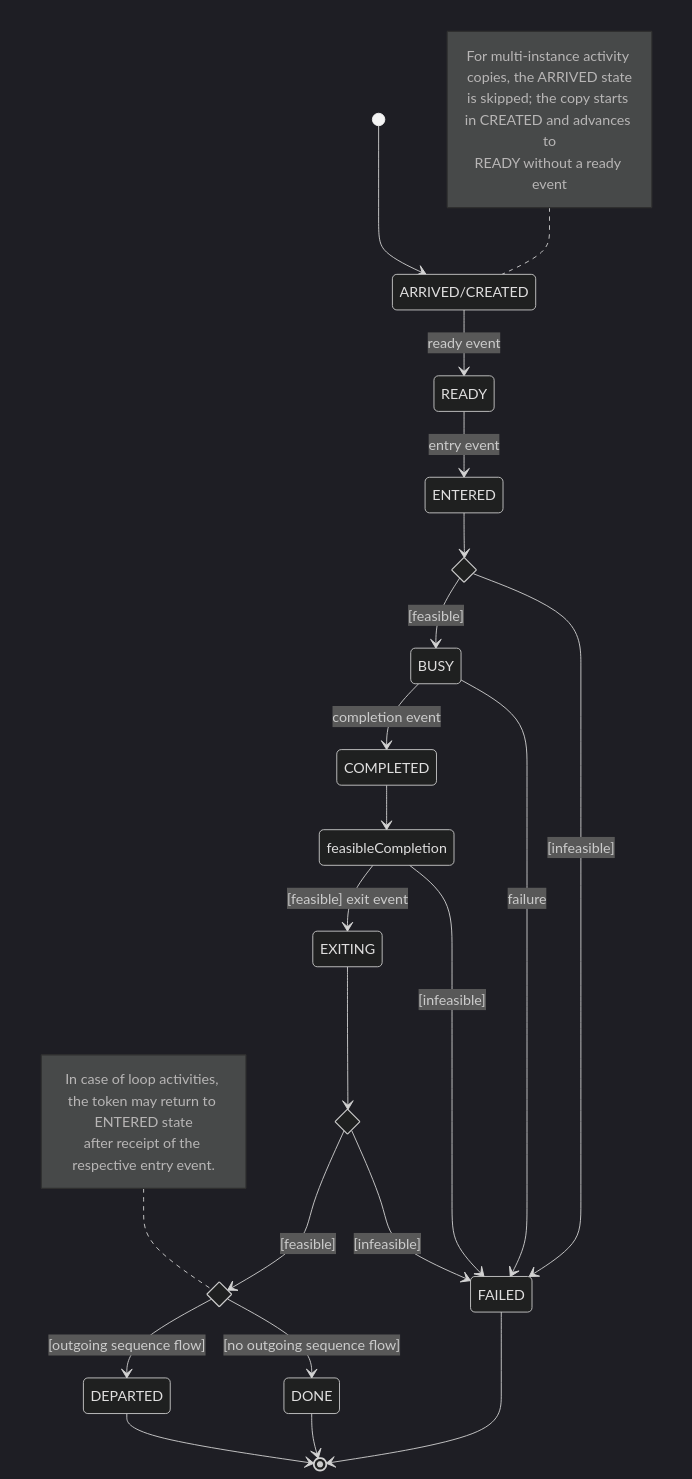
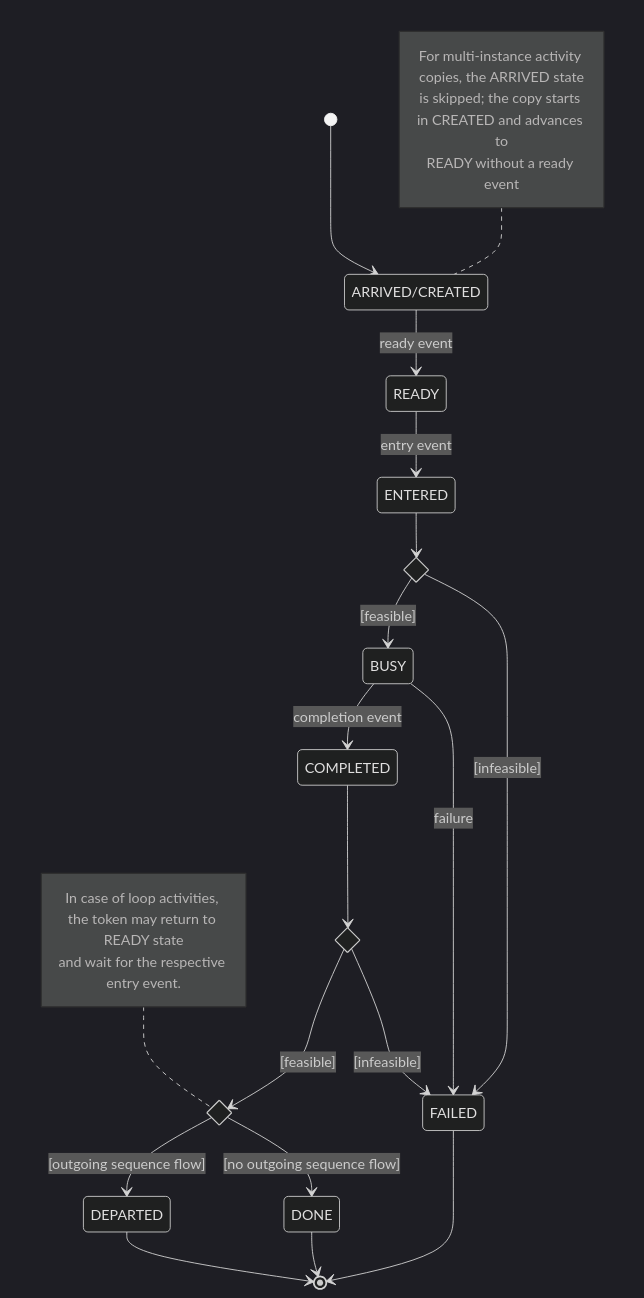
Before and after one commit to bpmn-os/bpmnos-engine: the diagram in docs/md/logic/token_flow_logic_tasks.md, drawn with Mermaid (dark theme). The commit also changed other lines of this file and 107 other files, not shown here.

First line of the commit message:
Remove the exit event and the exiting state

```diff
--- a/docs/md/logic/token_flow_logic_tasks.md
+++ b/docs/md/logic/token_flow_logic_tasks.md
@@ -13,34 +13,31 @@
 <pre class="mermaid">
 stateDiagram-v2
     state feasibleEntry <<choice>>
-    state feasibleExit <<choice>>
+    state feasibleCompletion <<choice>>
     state departure <<choice>>
     [*] --> ARRIVED/CREATED
     note left of ARRIVED/CREATED
       For multi-instance activity copies, the ARRIVED state
       is skipped; the copy starts in CREATED and advances to
       READY without a ready event
     end note
     ARRIVED/CREATED --> READY: ready event
     READY --> ENTERED: entry event
     ENTERED --> feasibleEntry
     feasibleEntry --> BUSY: [feasible]
     feasibleEntry --> FAILED: [infeasible]
     BUSY --> COMPLETED: completion event
     BUSY --> FAILED: failure
     COMPLETED --> feasibleCompletion
-    feasibleCompletion --> EXITING: [feasible] exit event
+    feasibleCompletion --> departure: [feasible]
+    note left of departure
+      In case of loop activities, the token may return to READY state
+      and wait for the respective entry event.
+    end note
     feasibleCompletion --> FAILED: [infeasible]
-    EXITING --> feasibleExit
-    feasibleExit --> departure: [feasible]
-    note left of departure
-      In case of loop activities, the token may return to ENTERED state
-      after receipt of the respective entry event.
-    end note
-    feasibleExit --> FAILED: [infeasible]
     departure --> DEPARTED: [outgoing sequence flow]
     departure --> DONE: [no outgoing sequence flow]
     DEPARTED --> [*]
     DONE --> [*]
     FAILED --> [*]
 </pre>
```
